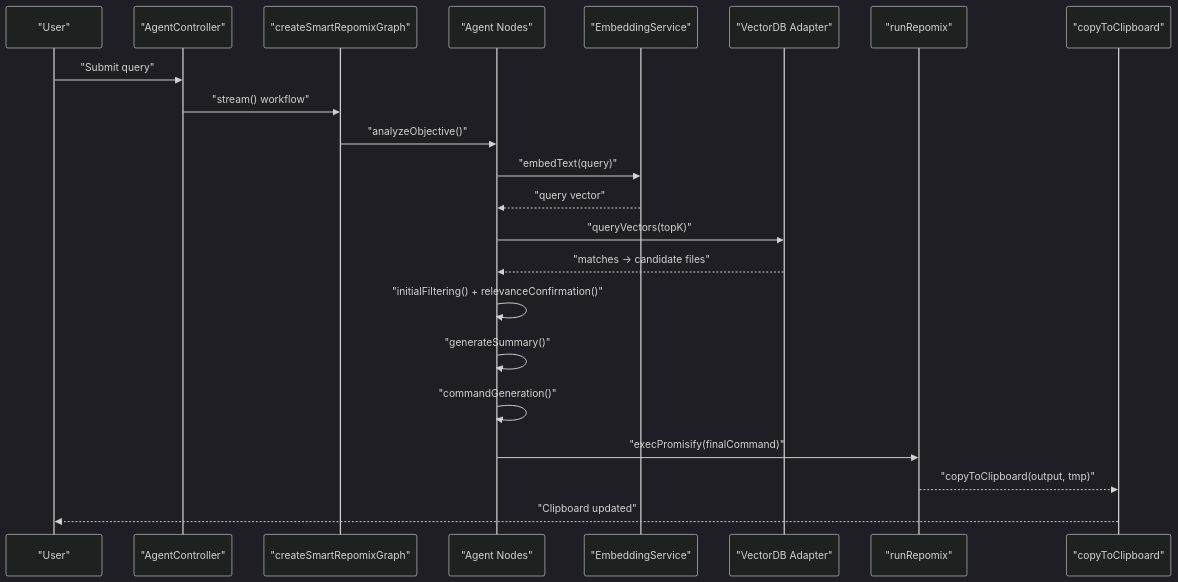
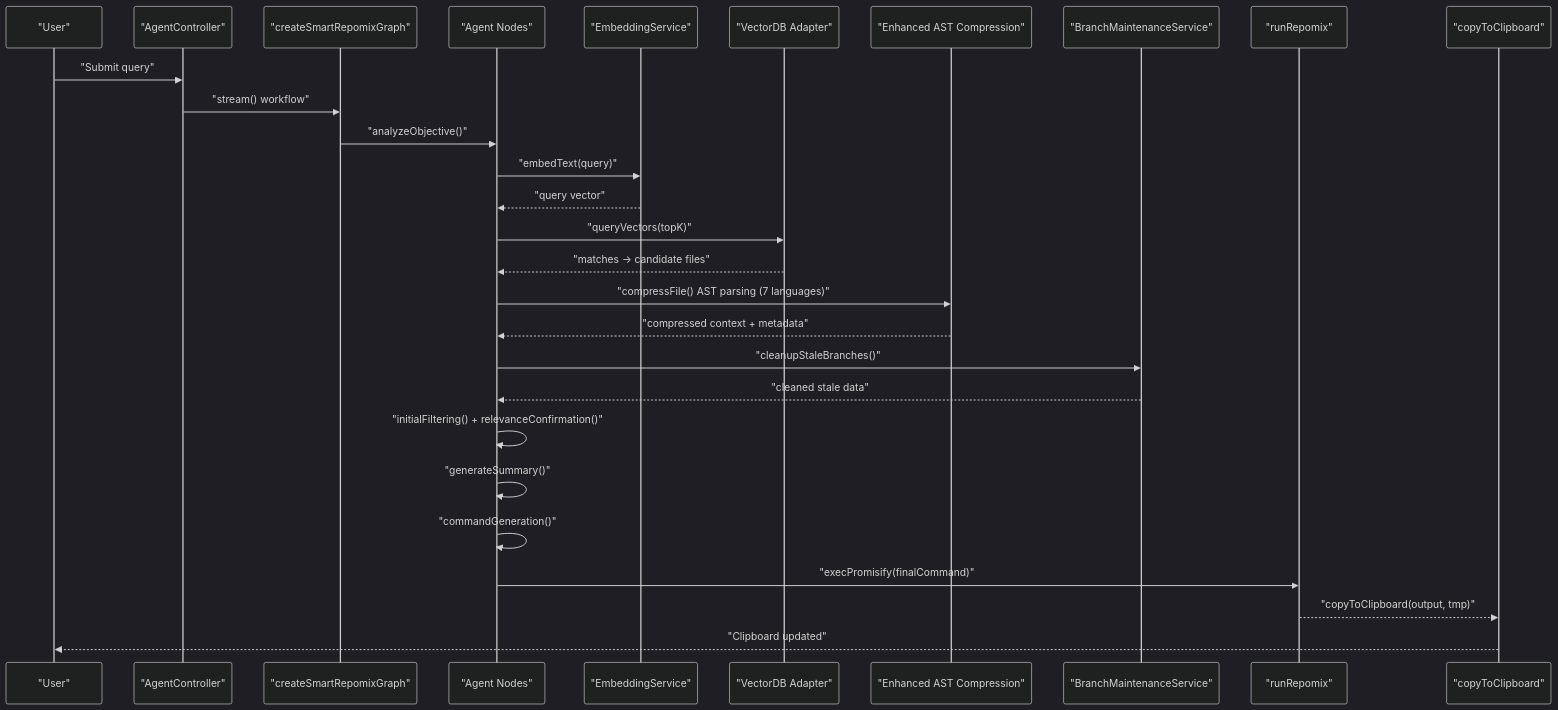
Before and after one commit to bramburn/repomix-runner: the second of 9 diagrams in .qoder/repowiki/en/content/Core Features/Core Features.md, drawn with Mermaid (dark theme). The commit also changed other lines of this file and 19 other files, not shown here.

````diff
--- a/.qoder/repowiki/en/content/Core Features/Core Features.md
+++ b/.qoder/repowiki/en/content/Core Features/Core Features.md
@@ -146,24 +279,30 @@
 ```mermaid
 sequenceDiagram
 participant User as "User"
 participant Webview as "AgentController"
 participant Graph as "createSmartRepomixGraph"
 participant Nodes as "Agent Nodes"
 participant Embed as "EmbeddingService"
 participant VDB as "VectorDB Adapter"
+participant Compress as "Enhanced AST Compression"
+participant BranchMaint as "BranchMaintenanceService"
 participant Runner as "runRepomix"
 participant Clip as "copyToClipboard"
 User->>Webview : "Submit query"
 Webview->>Graph : "stream() workflow"
 Graph->>Nodes : "analyzeObjective()"
 Nodes->>Embed : "embedText(query)"
 Embed-->>Nodes : "query vector"
 Nodes->>VDB : "queryVectors(topK)"
 VDB-->>Nodes : "matches -> candidate files"
+Nodes->>Compress : "compressFile() AST parsing (7 languages)"
+Compress-->>Nodes : "compressed context + metadata"
+Nodes->>BranchMaint : "cleanupStaleBranches()"
+BranchMaint-->>Nodes : "cleaned stale data"
 Nodes->>Nodes : "initialFiltering() + relevanceConfirmation()"
 Nodes->>Nodes : "generateSummary()"
 Nodes->>Nodes : "commandGeneration()"
 Nodes->>Runner : "execPromisify(finalCommand)"
 Runner-->>Clip : "copyToClipboard(output, tmp)"
 Clip-->>User : "Clipboard updated"
 ```
````
